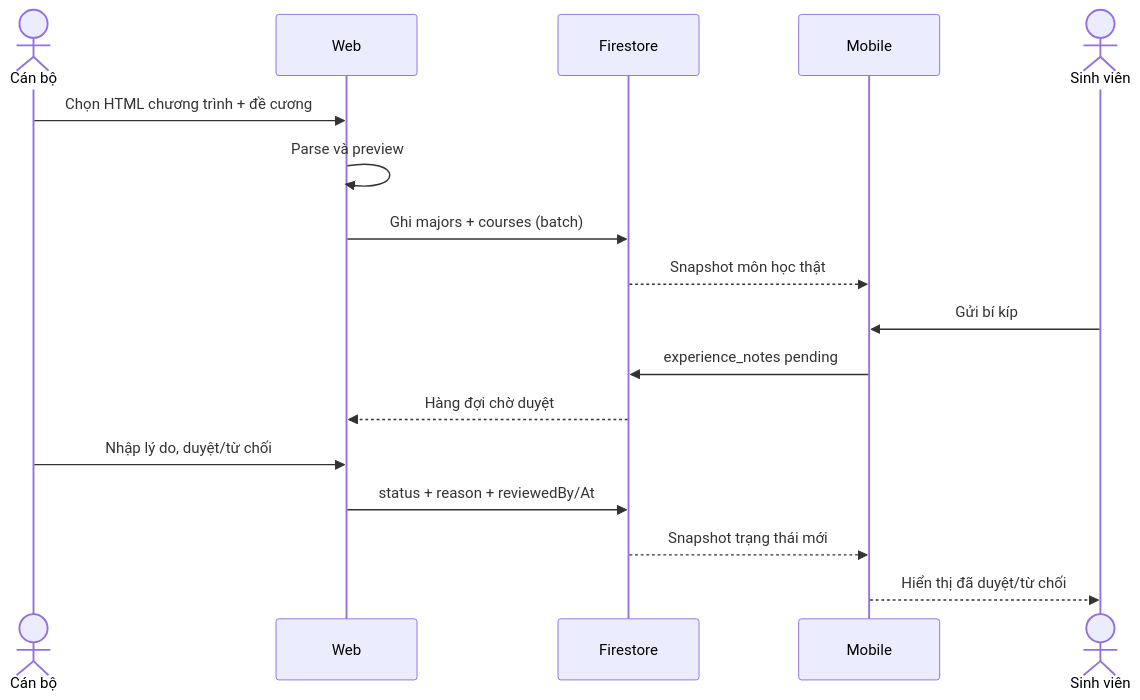
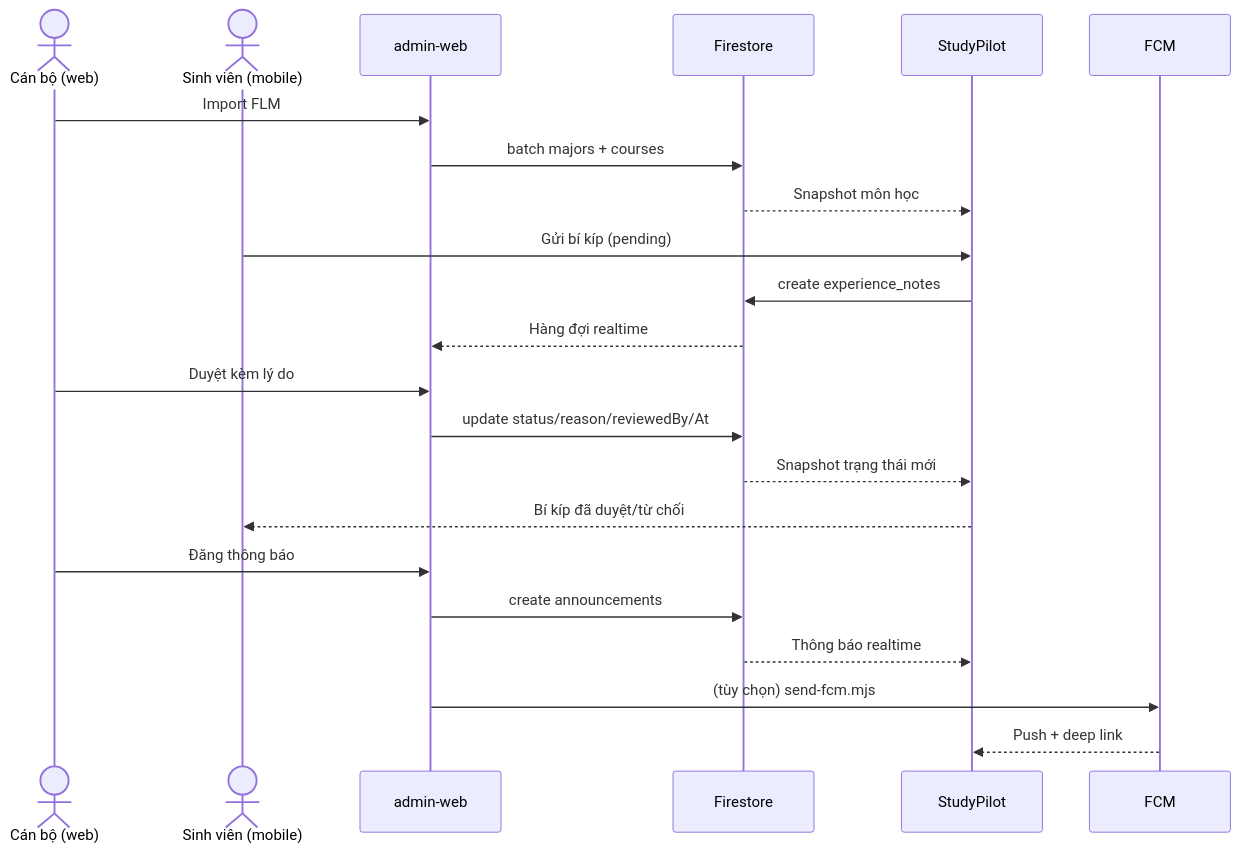
Before and after one commit to quanglong68/PRM393_Final_GR6: the diagram in docs/cross-role-flow.md, drawn with Mermaid. The commit also changed other lines of this file and 10 other files, not shown here.

First line of the commit message:
docs: viết lại tài liệu Final theo trạng thái kiểm chứng

````diff
--- a/docs/cross-role-flow.md
+++ b/docs/cross-role-flow.md
@@ -28,19 +40,25 @@
 ```mermaid
 sequenceDiagram
-    actor Staff as Cán bộ
-    participant Web
+    actor Staff as Cán bộ (web)
+    actor Student as Sinh viên (mobile)
+    participant Web as admin-web
     participant DB as Firestore
-    participant Mobile
-    actor Student as Sinh viên
-    Staff->>Web: Chọn HTML chương trình + đề cương
-    Web->>Web: Parse và preview
-    Web->>DB: Ghi majors + courses (batch)
-    DB-->>Mobile: Snapshot môn học thật
-    Student->>Mobile: Gửi bí kíp
-    Mobile->>DB: experience_notes pending
-    DB-->>Web: Hàng đợi chờ duyệt
-    Staff->>Web: Nhập lý do, duyệt/từ chối
-    Web->>DB: status + reason + reviewedBy/At
-    DB-->>Mobile: Snapshot trạng thái mới
-    Mobile-->>Student: Hiển thị đã duyệt/từ chối
+    participant App as StudyPilot
+    participant FCM as FCM
+
+    Staff->>Web: Import FLM
+    Web->>DB: batch majors + courses
+    DB-->>App: Snapshot môn học
+    Student->>App: Gửi bí kíp (pending)
+    App->>DB: create experience_notes
+    DB-->>Web: Hàng đợi realtime
+    Staff->>Web: Duyệt kèm lý do
+    Web->>DB: update status/reason/reviewedBy/At
+    DB-->>App: Snapshot trạng thái mới
+    App-->>Student: Bí kíp đã duyệt/từ chối
+    Staff->>Web: Đăng thông báo
+    Web->>DB: create announcements
+    DB-->>App: Thông báo realtime
+    Web->>FCM: (tùy chọn) send-fcm.mjs
+    FCM-->>App: Push + deep link
 ```
````
